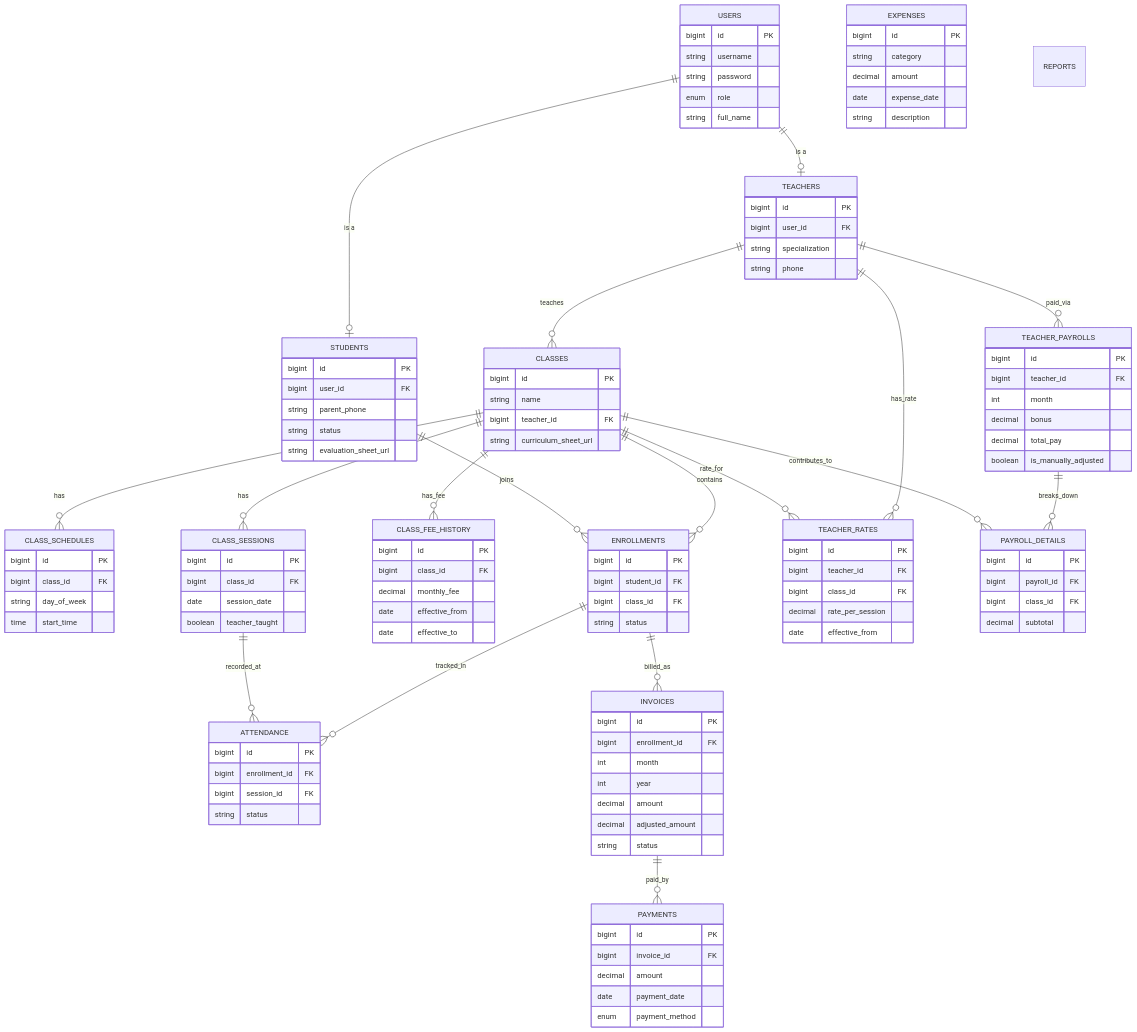
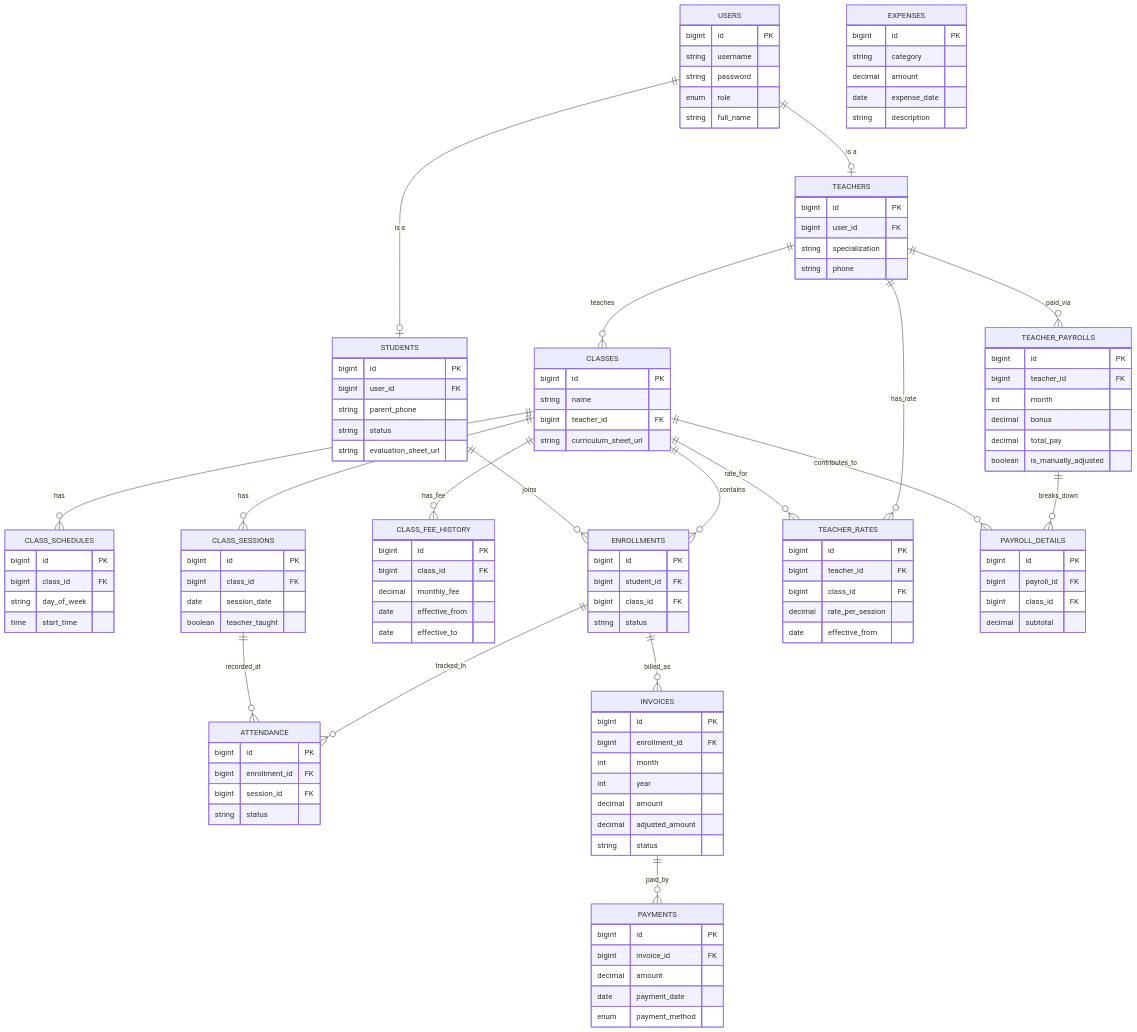
Before and after one commit to ngsang149dev/english-center-project: the diagram in backend/structure.mmd, drawn with Mermaid. The commit also changed 5 other files, not shown here.

```diff
--- a/backend/structure.mmd
+++ b/backend/structure.mmd
@@ -1,124 +1,120 @@
 erDiagram
   USERS ||--o| TEACHERS : "is a"
   USERS ||--o| STUDENTS : "is a"
   TEACHERS ||--o{ CLASSES : teaches
   CLASSES ||--o{ CLASS_SCHEDULES : has
   CLASSES ||--o{ CLASS_SESSIONS : has
   CLASSES ||--o{ CLASS_FEE_HISTORY : has_fee
   CLASSES ||--o{ ENROLLMENTS : contains
   STUDENTS ||--o{ ENROLLMENTS : joins
   ENROLLMENTS ||--o{ ATTENDANCE : tracked_in
   CLASS_SESSIONS ||--o{ ATTENDANCE : recorded_at
   ENROLLMENTS ||--o{ INVOICES : billed_as
   INVOICES ||--o{ PAYMENTS : paid_by
   TEACHERS ||--o{ TEACHER_RATES : has_rate
   CLASSES ||--o{ TEACHER_RATES : rate_for
   TEACHERS ||--o{ TEACHER_PAYROLLS : paid_via
   TEACHER_PAYROLLS ||--o{ PAYROLL_DETAILS : breaks_down
   CLASSES ||--o{ PAYROLL_DETAILS : contributes_to
 
   USERS {
     bigint id PK
     string username
     string password
     enum role
     string full_name
   }
   TEACHERS {
     bigint id PK
     bigint user_id FK
     string specialization
     string phone
   }
   STUDENTS {
     bigint id PK
     bigint user_id FK
     string parent_phone
     string status
     string evaluation_sheet_url
   }
   CLASSES {
     bigint id PK
     string name
     bigint teacher_id FK
     string curriculum_sheet_url
   }
   CLASS_FEE_HISTORY {
     bigint id PK
     bigint class_id FK
     decimal monthly_fee
     date effective_from
     date effective_to
   }
   CLASS_SCHEDULES {
     bigint id PK
     bigint class_id FK
     string day_of_week
     time start_time
   }
   CLASS_SESSIONS {
     bigint id PK
     bigint class_id FK
     date session_date
     boolean teacher_taught
   }
   ENROLLMENTS {
     bigint id PK
     bigint student_id FK
     bigint class_id FK
     string status
   }
   ATTENDANCE {
     bigint id PK
     bigint enrollment_id FK
     bigint session_id FK
     string status
   }
   INVOICES {
     bigint id PK
     bigint enrollment_id FK
     int month
     int year
     decimal amount
     decimal adjusted_amount
     string status
   }
   PAYMENTS {
     bigint id PK
     bigint invoice_id FK
     decimal amount
     date payment_date
     enum payment_method
   }
   TEACHER_RATES {
     bigint id PK
     bigint teacher_id FK
     bigint class_id FK
     decimal rate_per_session
     date effective_from
   }
   TEACHER_PAYROLLS {
     bigint id PK
     bigint teacher_id FK
     int month
     decimal bonus
     decimal total_pay
     boolean is_manually_adjusted
   }
   PAYROLL_DETAILS {
     bigint id PK
     bigint payroll_id FK
     bigint class_id FK
     decimal subtotal
   }
   EXPENSES {
     bigint id PK
     string category
     decimal amount
     date expense_date
     string description
   }
-
-  REPORTS {
-    
-  }
```
